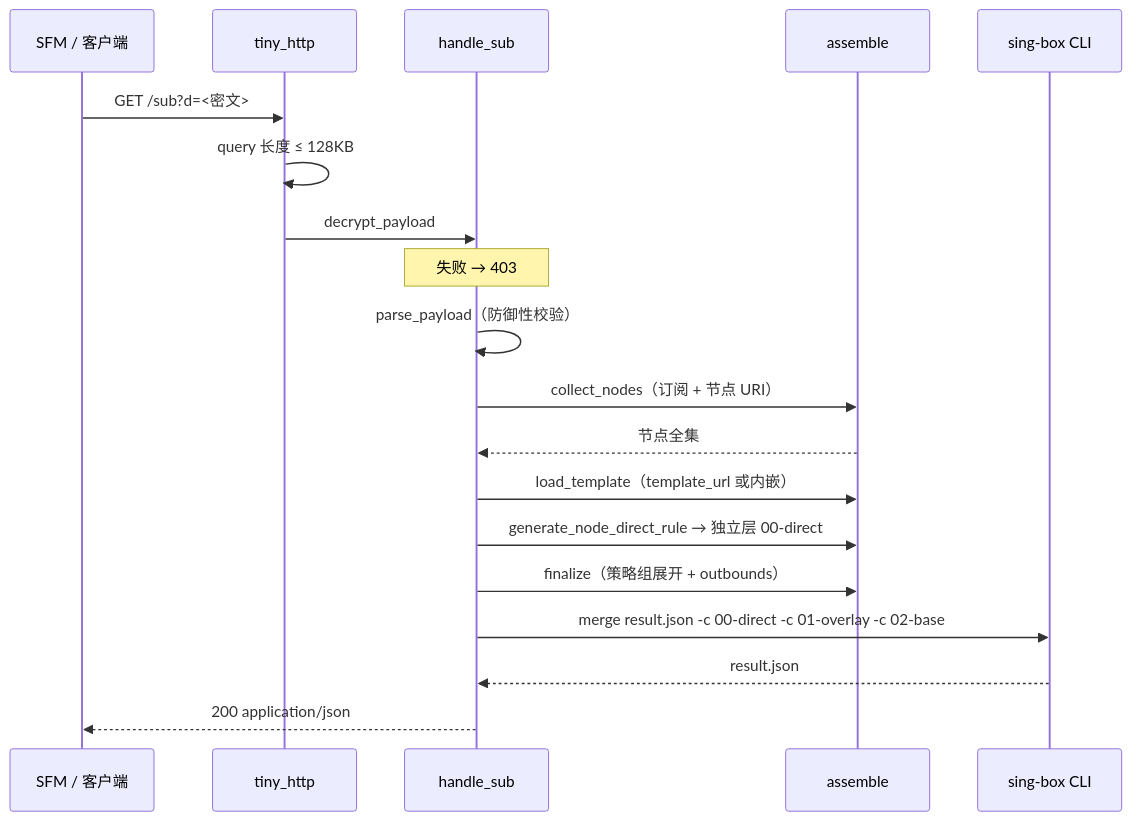
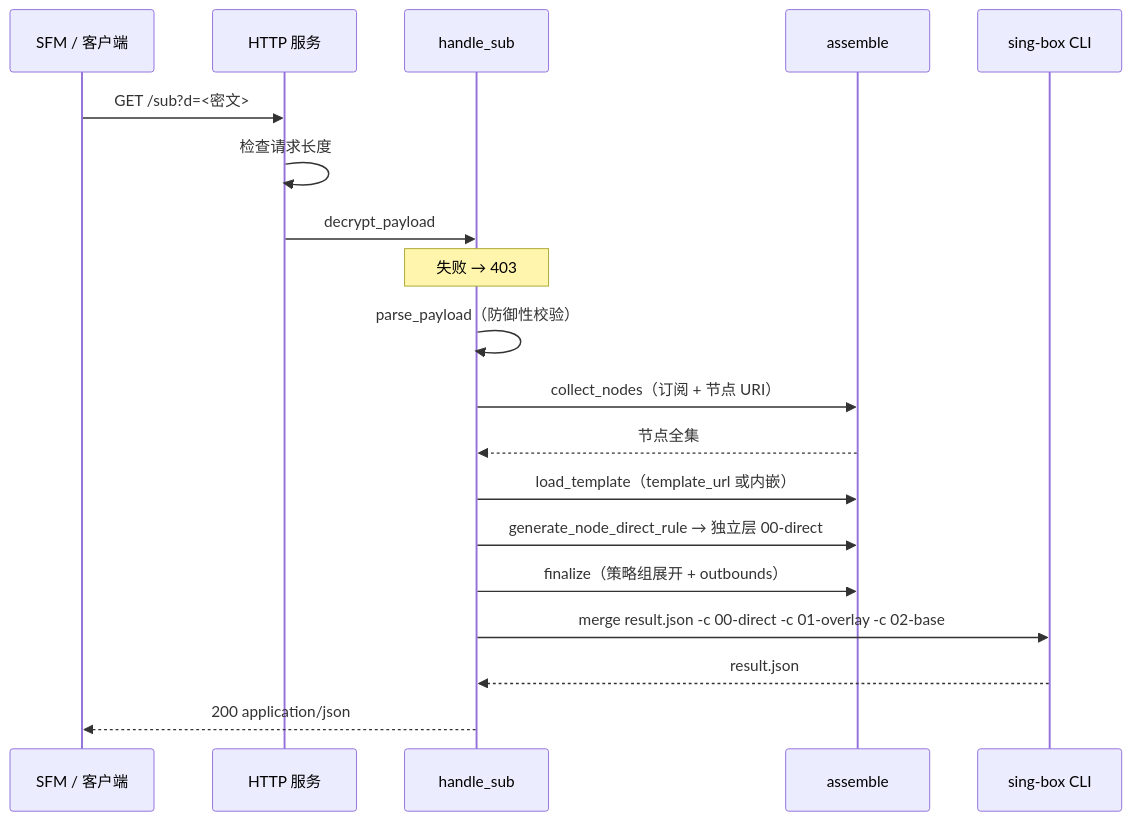
One commit to shelken/proxy changed the second of 4 diagrams in docs/sbtools.md. Above: the diagram before and after it, drawn with Mermaid. The commit also changed other lines of this file and 5 other files, not shown here.

````diff
--- a/docs/sbtools.md
+++ b/docs/sbtools.md
@@ -96,22 +96,22 @@
 ```mermaid
 sequenceDiagram
     participant SFM as SFM / 客户端
-    participant H as tiny_http
+    participant H as HTTP 服务
     participant Hd as handle_sub
     participant As as assemble
     participant CLI as sing-box CLI
 
     SFM->>H: GET /sub?d=<密文>
-    H->>H: query 长度 ≤ 128KB
+    H->>H: 检查请求长度
     H->>Hd: decrypt_payload
     Note over Hd: 失败 → 403
     Hd->>Hd: parse_payload（防御性校验）
     Hd->>As: collect_nodes（订阅 + 节点 URI）
     As-->>Hd: 节点全集
     Hd->>As: load_template（template_url 或内嵌）
     Hd->>As: generate_node_direct_rule → 独立层 00-direct
     Hd->>As: finalize（策略组展开 + outbounds）
     Hd->>CLI: merge result.json -c 00-direct -c 01-overlay -c 02-base
     CLI-->>Hd: result.json
     Hd-->>SFM: 200 application/json
 ```
````
